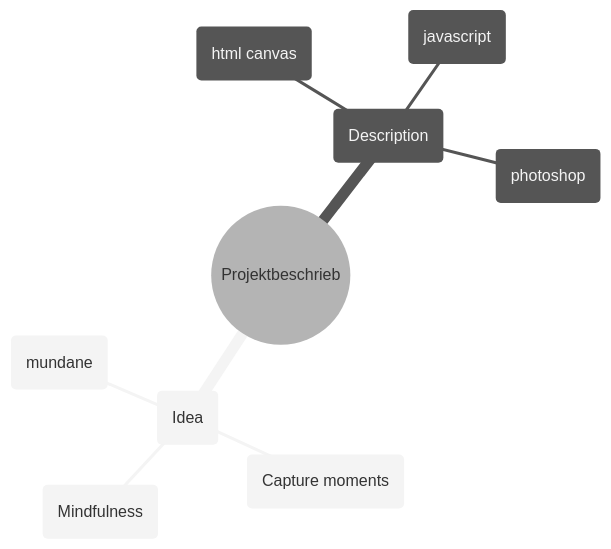
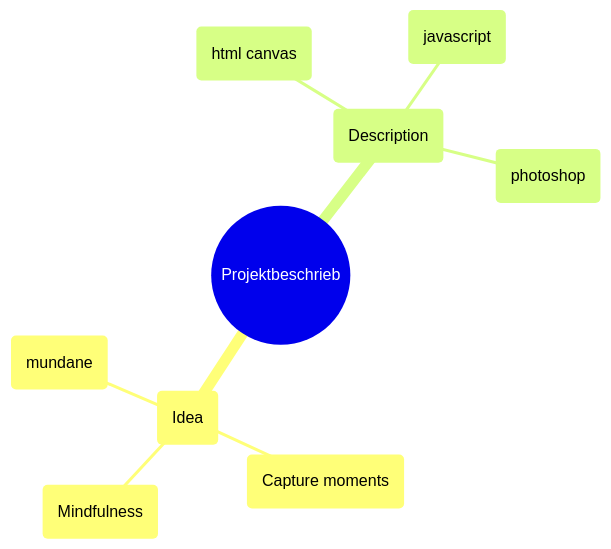
One commit to flononymus/im-Moment-enzian- changed the diagram in projektbeschrieb new.md. Above: the diagram before and after it, drawn with Mermaid.

Commit message:
testing mindmap

````diff
--- a/projektbeschrieb new.md
+++ b/projektbeschrieb new.md
@@ -1,18 +1,17 @@
 ```mermaid
-%%{init: {'theme':'neutral'}}%%
 mindmap
     ((Projektbeschrieb))
 
         (Idea)
             (Mindfulness)
             (Capture moments)
             (mundane)
 
         (Description)
             (html canvas)
             (javascript)
             (photoshop)
 
 
 
 ```
````
